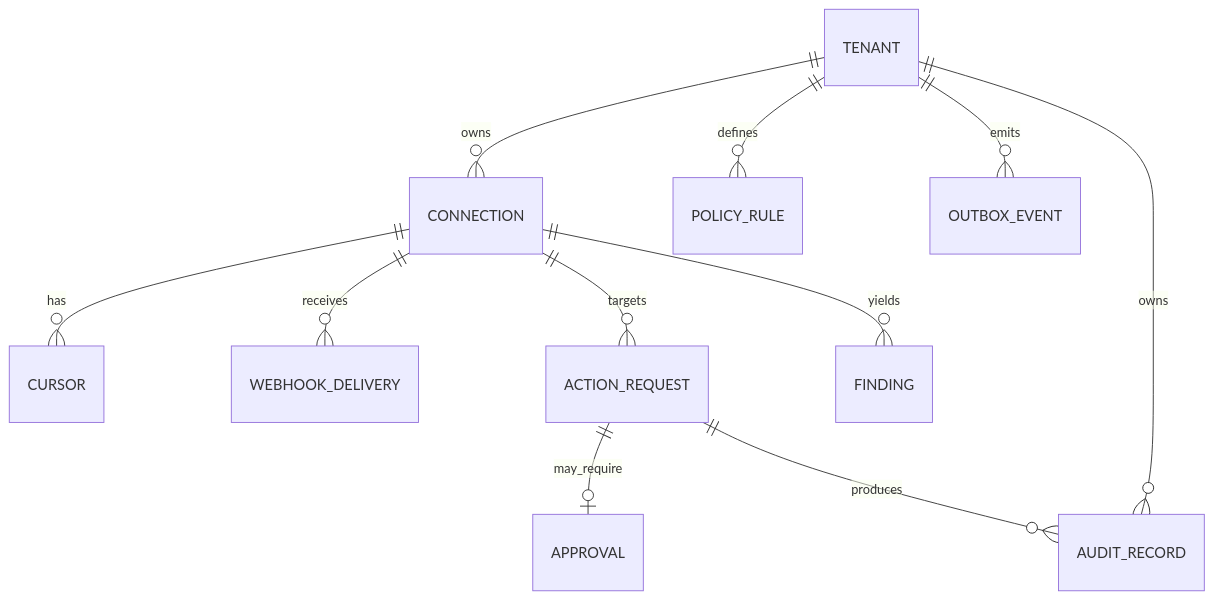
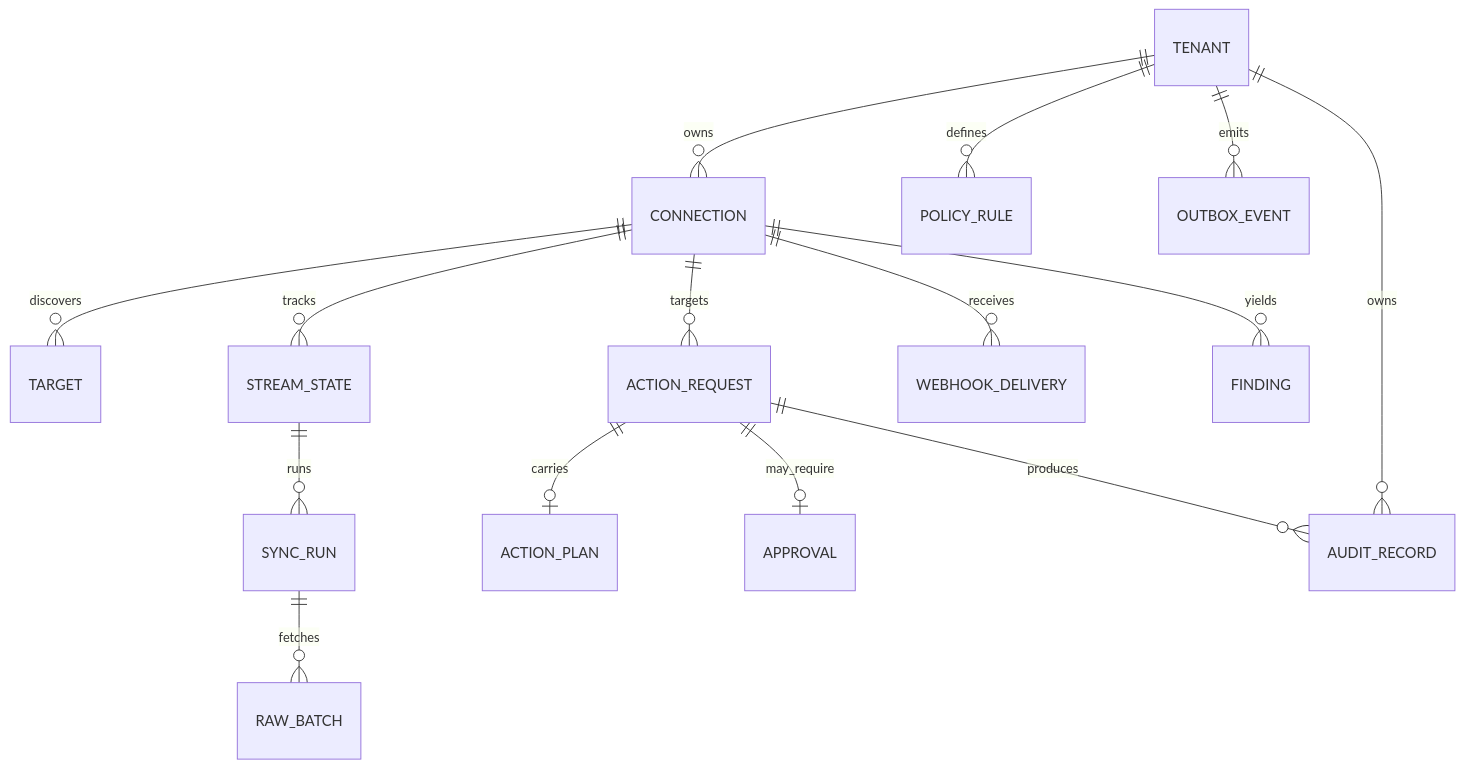
One commit to project-lambda-zero/icuhub changed the third of 7 diagrams in docs/HLD.md. Above: the diagram before and after it, drawn with Mermaid. The commit also changed other lines of this file and 18 other files, not shown here.

````diff
--- a/docs/HLD.md
+++ b/docs/HLD.md
@@ -159,13 +159,17 @@
 ```mermaid
 erDiagram
   TENANT ||--o{ CONNECTION : owns
-  CONNECTION ||--o{ CURSOR : has
+  CONNECTION ||--o{ TARGET : discovers
+  CONNECTION ||--o{ STREAM_STATE : tracks
+  STREAM_STATE ||--o{ SYNC_RUN : runs
+  SYNC_RUN ||--o{ RAW_BATCH : fetches
+  ACTION_REQUEST ||--o| ACTION_PLAN : carries
   CONNECTION ||--o{ WEBHOOK_DELIVERY : receives
   CONNECTION ||--o{ ACTION_REQUEST : targets
   ACTION_REQUEST ||--o| APPROVAL : may_require
   ACTION_REQUEST ||--o{ AUDIT_RECORD : produces
   TENANT ||--o{ POLICY_RULE : defines
   TENANT ||--o{ OUTBOX_EVENT : emits
   TENANT ||--o{ AUDIT_RECORD : owns
   CONNECTION ||--o{ FINDING : yields
 ```
````
